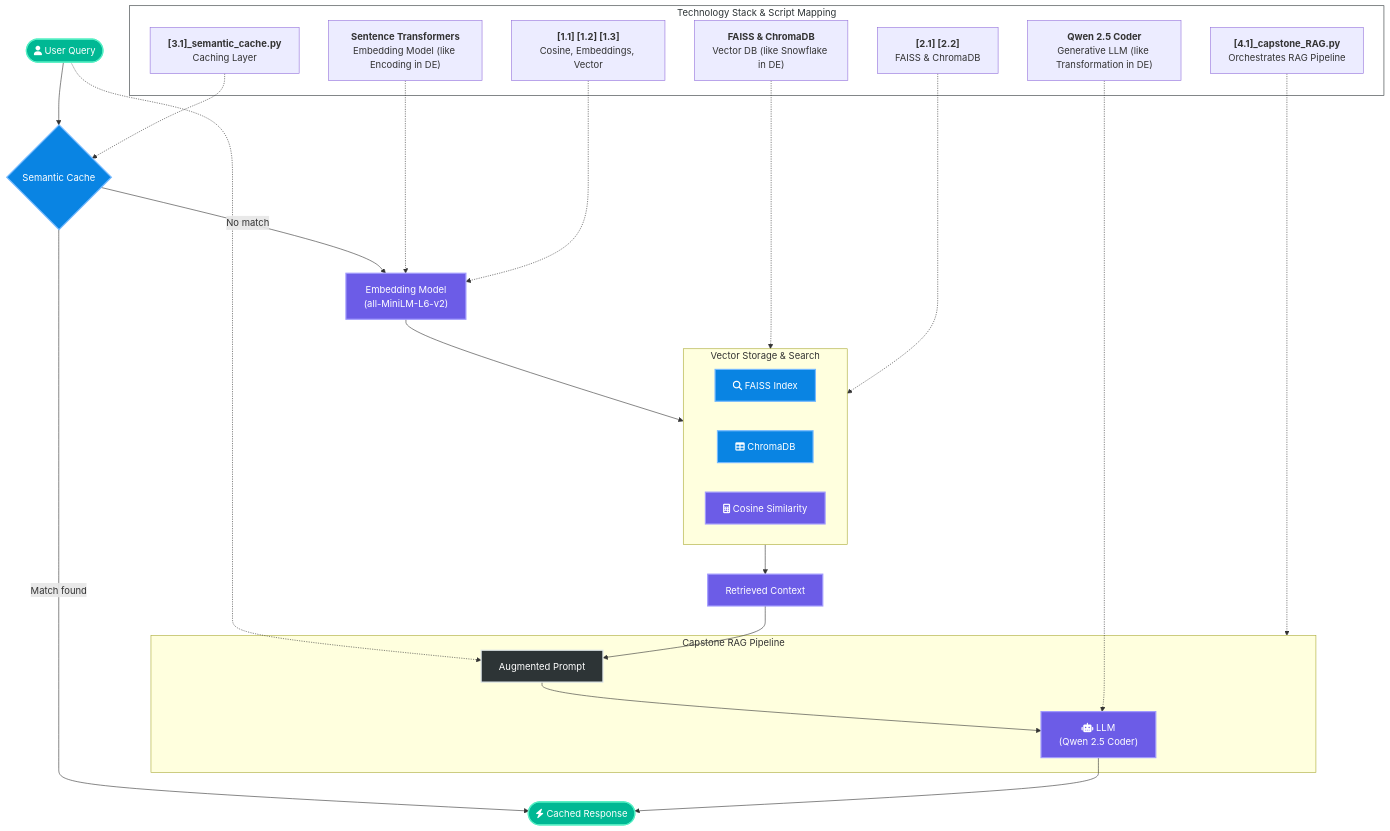
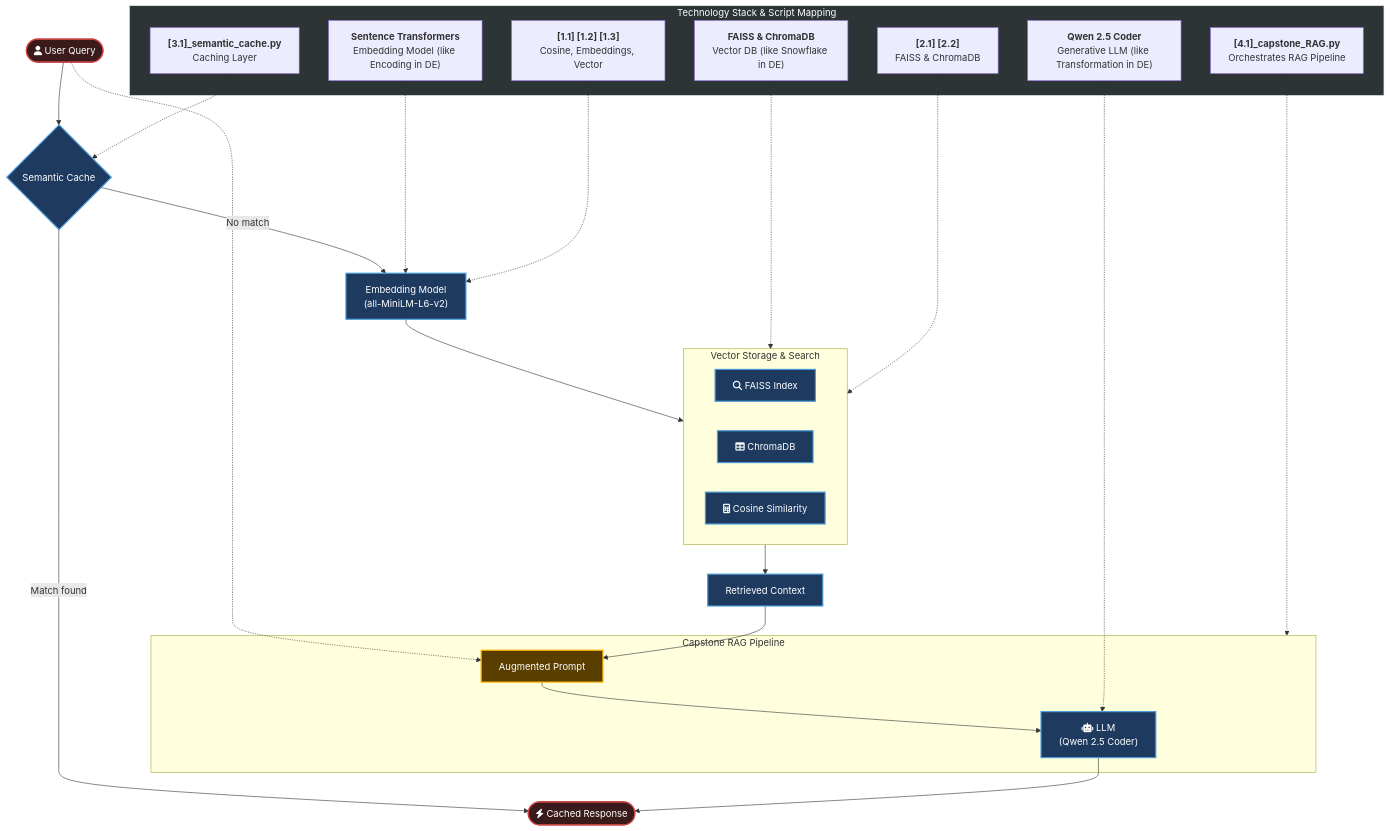
One commit to visuvishwa99/agentic-ai-foundations changed the diagram in week3/week3_architecture.mmd. Above: the diagram before and after it, drawn with Mermaid. The commit also changed 24 other files, not shown here.

Commit message:
Initial commit: AI foundations and learning roadmap

```diff
--- a/week3/week3_architecture.mmd
+++ b/week3/week3_architecture.mmd
@@ -1,69 +1,70 @@
 ---
 id: 9387940a-73b5-4d92-a31d-d18b4ec9ac1e
 ---
+
 flowchart TD
     %% User Interaction
     User(["fa:fa-user User Query"]) --> Cache{"Semantic Cache"}
     
     %% Semantic Caching Layer
     Cache -- Match found --> Resp(["fa:fa-bolt Cached Response"])
     Cache -- No match --> Embed["Embedding Model<br/>(all-MiniLM-L6-v2)"]
     
     %% Vector Retrieval Layer
     subgraph Storage ["Vector Storage & Search"]
         direction LR
         FAISS["fa:fa-search FAISS Index"]
         Chroma["fa:fa-table ChromaDB"]
         Cosine["fa:fa-calculator Cosine Similarity"]
     end
     
     Embed --> Storage
     Storage --> Context["Retrieved Context"]
     
     %% RAG Pipeline Layer
     subgraph RAG ["Capstone RAG Pipeline"]
         LLM["fa:fa-robot LLM<br/>(Qwen 2.5 Coder)"]
         Prompt["Augmented Prompt"]
     end
     
     User -.-> Prompt
     Context --> Prompt
     Prompt --> LLM
     LLM --> Resp
 
     %% Technology Stack & Script Mapping
     subgraph Tech_Stack [Technology Stack & Script Mapping]
         Stack1["<b>Sentence Transformers</b><br/>Embedding Model (like Encoding in DE)"]
         Stack2["<b>FAISS & ChromaDB</b><br/>Vector DB (like Snowflake in DE)"]
         Stack3["<b>Qwen 2.5 Coder</b><br/>Generative LLM (like Transformation in DE)"]
         EmbedScript["<b>[1.1] [1.2] [1.3]</b><br/>Cosine, Embeddings, Vector"]
         DBScript["<b>[2.1] [2.2]</b><br/>FAISS & ChromaDB"]
         CacheScript["<b>[3.1]_semantic_cache.py</b><br/>Caching Layer"]
         RAGScript["<b>[4.1]_capstone_RAG.py</b><br/>Orchestrates RAG Pipeline"]
     end
 
     %% Visual Connections between Stack and Logic (Dash lines)
     Stack1 -.-> Embed
     Stack2 -.-> Storage
     Stack3 -.-> LLM
 
     %% Script-to-Architecture Mapping
     EmbedScript -.-> Embed
     DBScript -.-> Storage
     CacheScript -.-> Cache
     RAGScript -.-> RAG
     
     %% Apply Styles
     class User,Resp user
     class Cache,FAISS,Chroma storage
     class Embed,Cosine,Context,LLM process
     class Prompt logic
     
-    style Tech_Stack fill:#fff,stroke:#2d3436,stroke-width:1px,color:#2d3436
+    style Tech_Stack fill:#2d3436,stroke:#dfe6e9,stroke-width:1px,color:#fff
 
     %% Global Style Block
-    classDef logic fill:#2d3436,stroke:#dfe6e9,stroke-width:2px,color:#fff
-    classDef storage fill:#0984e3,stroke:#74b9ff,stroke-width:2px,color:#fff
-    classDef process fill:#6c5ce7,stroke:#a29bfe,stroke-width:2px,color:#fff
-    classDef user fill:#00b894,stroke:#55efc4,stroke-width:2px,color:#fff
-    classDef group fill:#f1f2f6,stroke:#2f3542,stroke-width:1px,color:#2d3436
+    classDef logic fill:#5a3e00,stroke:#ffb300,stroke-width:2px,color:#fff
+    classDef storage fill:#1e3a5f,stroke:#4a9eda,stroke-width:2px,color:#fff
+    classDef process fill:#1e3a5f,stroke:#4a9eda,stroke-width:2px,color:#fff
+    classDef user fill:#3a1a1a,stroke:#cc4444,stroke-width:2px,color:#fff
+    classDef group fill:#2d3436,stroke:#dfe6e9,stroke-width:1px,color:#fff
```
